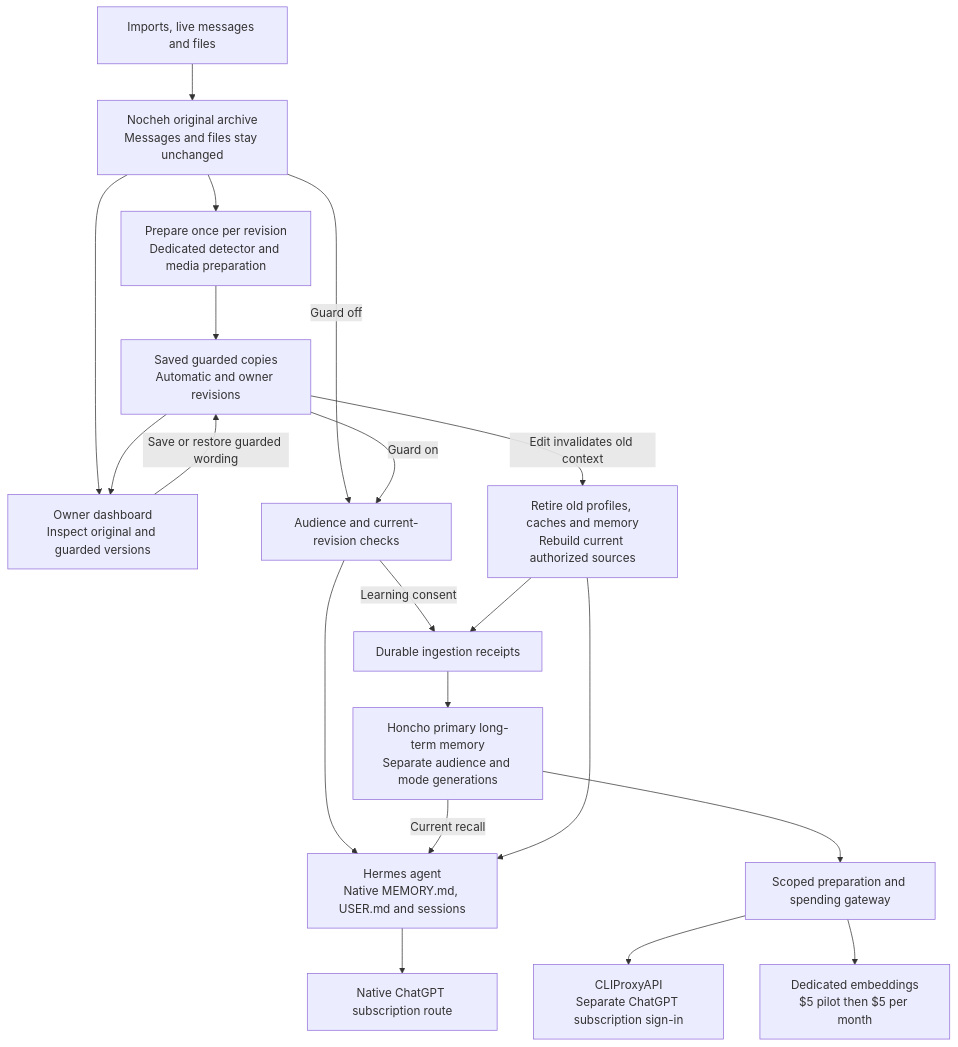
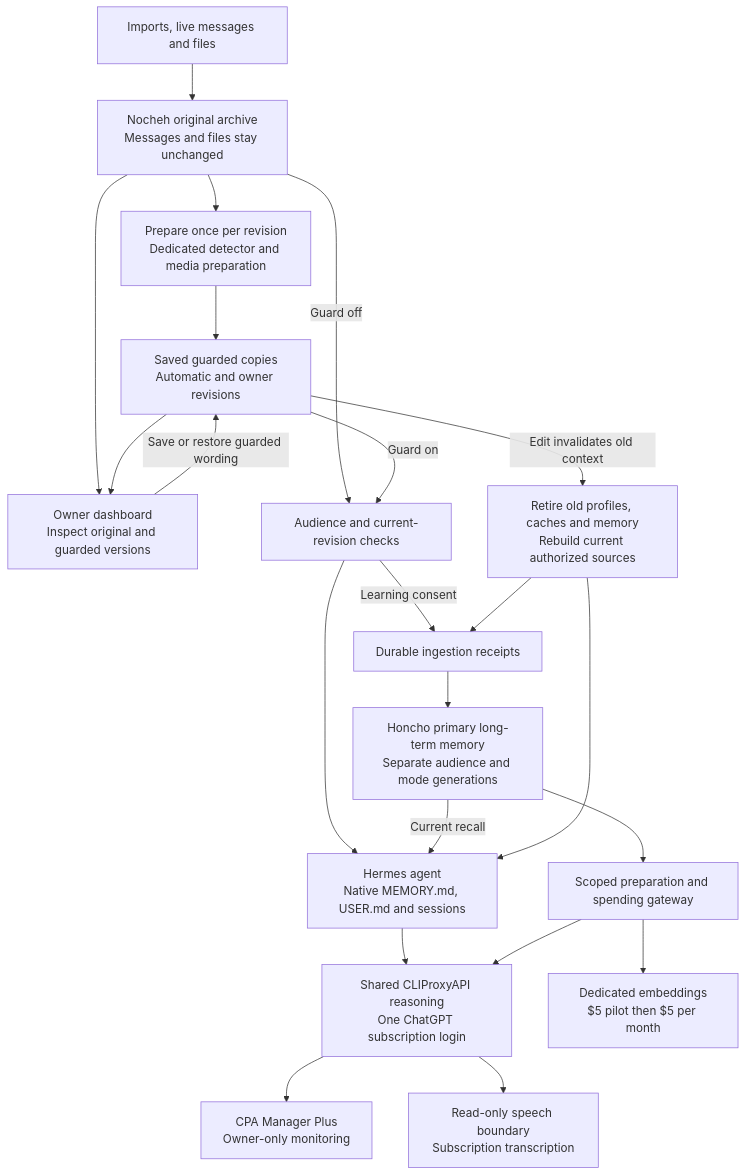
Before and after one commit to devbymak/nocheh: the diagram in docs/guarded-memory-system.md, drawn with Mermaid. The commit also changed other lines of this file and 40 other files, not shown here.

````diff
--- a/docs/guarded-memory-system.md
+++ b/docs/guarded-memory-system.md
@@ -6,22 +6,24 @@
 ```mermaid
 flowchart TD
     S[Imports, live messages and files] --> A["Nocheh original archive<br/>Messages and files stay unchanged"]
     A --> P["Prepare once per revision<br/>Dedicated detector and media preparation"]
     P --> G["Saved guarded copies<br/>Automatic and owner revisions"]
     A --> D["Owner dashboard<br/>Inspect original and guarded versions"]
     G --> D
     D -->|Save or restore guarded wording| G
     A -->|Guard off| V[Audience and current-revision checks]
     G -->|Guard on| V
     V --> H["Hermes agent<br/>Native MEMORY.md, USER.md and sessions"]
     V -->|Learning consent| J[Durable ingestion receipts]
     J --> N["Honcho primary long-term memory<br/>Separate audience and mode generations"]
     N -->|Current recall| H
-    H --> R[Native ChatGPT subscription route]
+    H --> C["Shared CLIProxyAPI reasoning<br/>One ChatGPT subscription login"]
     N --> B[Scoped preparation and spending gateway]
-    B --> C["CLIProxyAPI<br/>Separate ChatGPT subscription sign-in"]
+    B --> C
+    C --> M["CPA Manager Plus<br/>Owner-only monitoring"]
+    C --> T["Read-only speech boundary<br/>Subscription transcription"]
     B --> E["Dedicated embeddings<br/>$5 pilot then $5 per month"]
     G -->|Edit invalidates old context| I["Retire old profiles, caches and memory<br/>Rebuild current authorized sources"]
     I --> H
     I --> J
 ```
````
